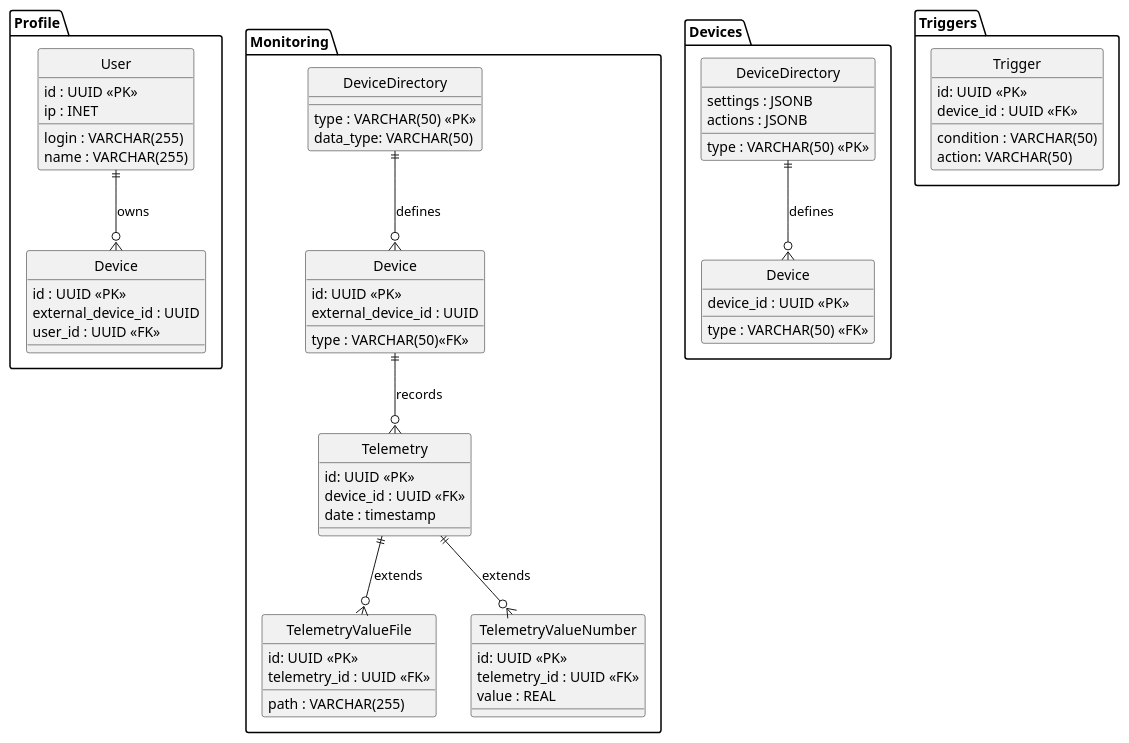
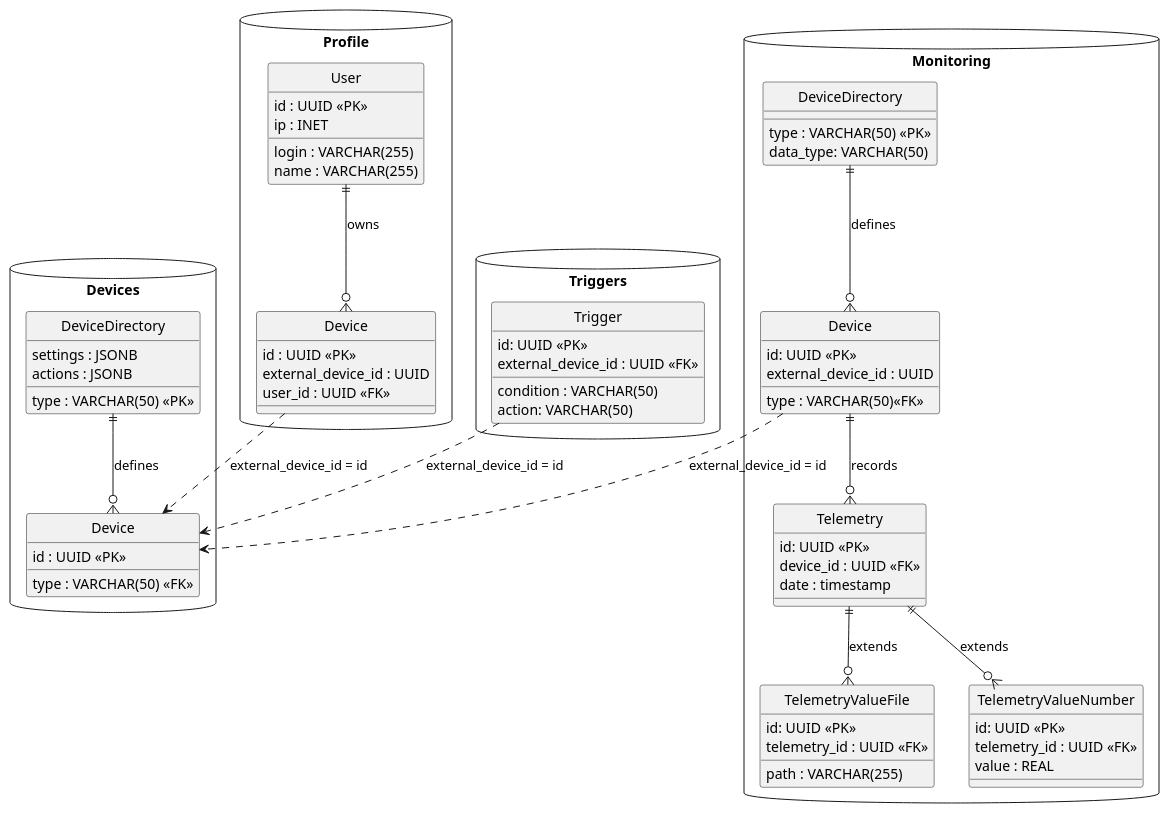
The diagram in diagrams/bd.puml (exbicoitstudy/architecture-warmhouse), drawn with PlantUML before and after one commit. The commit also changed 7 other files, not shown here.

```diff
--- a/diagrams/bd.puml
+++ b/diagrams/bd.puml
@@ -1,77 +1,87 @@
 @startuml
 hide circle
 ' === Profile ===
-package "Profile" {
+database "Profile" {
     entity User {
       id : UUID <<PK>>
       login : VARCHAR(255)
       name : VARCHAR(255)
       ip : INET
     }
 
     entity Device {
       id : UUID <<PK>>
       external_device_id : UUID
       user_id : UUID <<FK>>
     }
 
     User ||--o{ Device : "owns"
 }
 
-package "Monitoring" {
+database "Monitoring" {
 
     entity DeviceDirectory {
       type : VARCHAR(50) <<PK>>
       data_type: VARCHAR(50)
     }
     entity Device {
       id: UUID <<PK>>
       external_device_id : UUID
       type : VARCHAR(50)<<FK>>
     }
     entity Telemetry {
       id: UUID <<PK>>
       device_id : UUID <<FK>>
       date : timestamp
     }
     entity TelemetryValueFile {
       id: UUID <<PK>>
       telemetry_id : UUID <<FK>>
       path : VARCHAR(255)
     }
     entity TelemetryValueNumber {
       id: UUID <<PK>>
       telemetry_id : UUID <<FK>>
       value : REAL
     }
     DeviceDirectory ||--o{ Device : "defines"
     Telemetry ||--o{ TelemetryValueFile : "extends"
     Telemetry ||--o{ TelemetryValueNumber : "extends"
     Device ||--o{ Telemetry : "records"
 }
 
-package "Devices" {
+database "Devices" {
     entity DeviceDirectory {
       type : VARCHAR(50) <<PK>>
       settings : JSONB
       actions : JSONB
     }
 
     entity Device {
-      device_id : UUID <<PK>>
+      id : UUID <<PK>>
       type : VARCHAR(50) <<FK>>
     }
 
      DeviceDirectory ||--o{ Device : "defines"
 }
 
-package "Triggers" {
+database "Triggers" {
     entity Trigger {
       id: UUID <<PK>>
-      device_id : UUID <<FK>>
+      external_device_id : UUID <<FK>>
       condition : VARCHAR(50)
       action: VARCHAR(50)
     }
 }
 
+' Profile.Device.external_device_id → Devices.Device.id
+Profile.Device ..> Devices.Device : external_device_id = id
+
+' Monitoring.Device.external_device_id → Devices.Device.id
+Monitoring.Device ..> Devices.Device : external_device_id = id
+
+' Triggers.Trigger.external_device_id → Devices.Device.id
+Triggers.Trigger ..> Devices.Device : external_device_id = id
+
+
 @enduml
```
